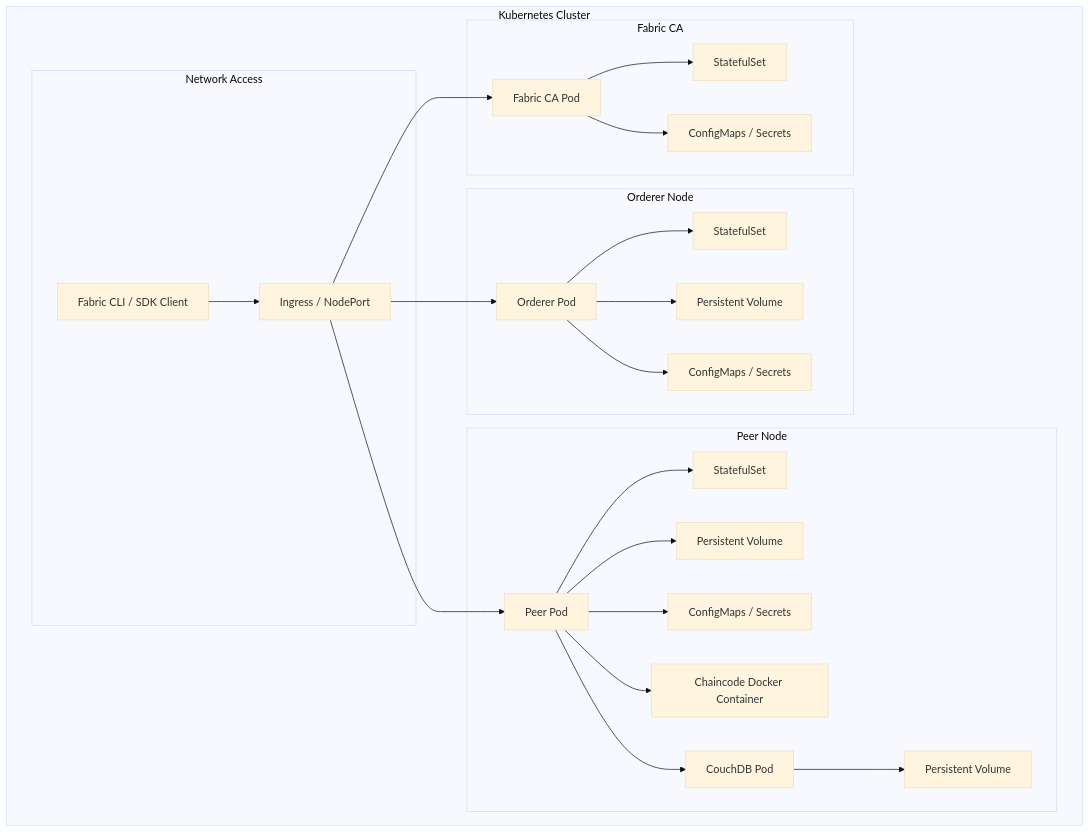
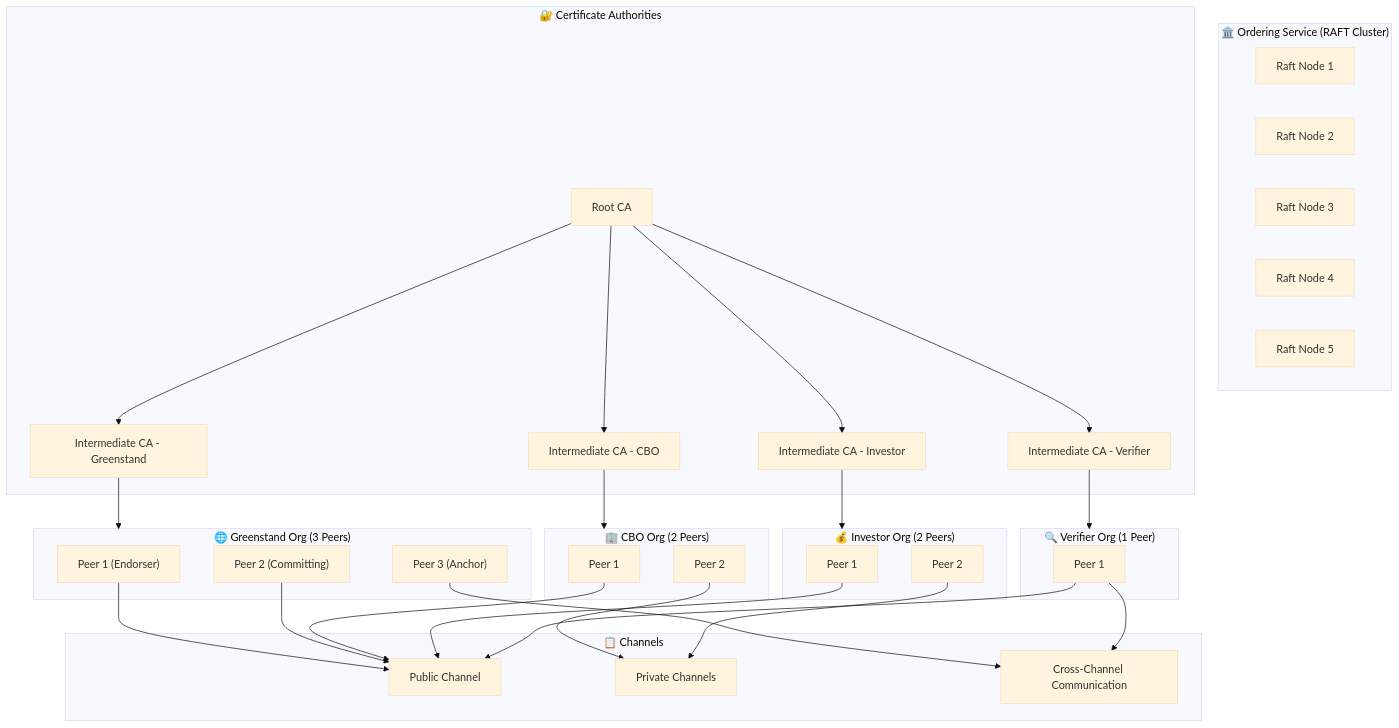
One commit to Greenstand/treetracker-infrastructure changed the diagram in hyperledger-fabric/README.md. Above: the diagram before and after it, drawn with Mermaid (base theme).

````diff
--- a/hyperledger-fabric/README.md
+++ b/hyperledger-fabric/README.md
@@ -79,57 +79,73 @@
 ```mermaid
 flowchart TD
-  subgraph subGraph0["Fabric CA"]
-    CA["Fabric CA Pod"]
-    CA_CFG["ConfigMaps / Secrets"]
-    CA_DEPLOY["StatefulSet"]
+
+  %% ===== Ordering Service =====
+  subgraph Ordering_Service["🏛️ Ordering Service (RAFT Cluster)"]
+    OS1["Raft Node 1"]
+    OS2["Raft Node 2"]
+    OS3["Raft Node 3"]
+    OS4["Raft Node 4"]
+    OS5["Raft Node 5"]
   end
 
-  subgraph subGraph1["Orderer Node"]
-    ORDERER["Orderer Pod"]
-    ORDERER_STS["StatefulSet"]
-    ORDERER_PVC["Persistent Volume"]
-    ORDERER_CFG["ConfigMaps / Secrets"]
+  %% ===== Certificate Authority =====
+  subgraph CA["🔐 Certificate Authorities"]
+    RootCA["Root CA"]
+    ICA1["Intermediate CA - Greenstand"]
+    ICA2["Intermediate CA - CBO"]
+    ICA3["Intermediate CA - Investor"]
+    ICA4["Intermediate CA - Verifier"]
+    RootCA --> ICA1
+    RootCA --> ICA2
+    RootCA --> ICA3
+    RootCA --> ICA4
   end
 
-  subgraph subGraph2["Peer Node"]
-    PEER["Peer Pod"]
-    PEER_STS["StatefulSet"]
-    PEER_PVC["Persistent Volume"]
-    PEER_CFG["ConfigMaps / Secrets"]
-    CHAINCODE["Chaincode Docker Container"]
-    COUCHDB["CouchDB Pod"]
-    COUCHDB_PVC["Persistent Volume"]
+  %% ===== Channels =====
+  subgraph Channels["📋 Channels"]
+    PubChan["Public Channel"]
+    PrivChan["Private Channels"]
+    CrossChan["Cross-Channel Communication"]
   end
 
-  subgraph subGraph3["Network Access"]
-    INGRESS["Ingress / NodePort"]
-    CLI["Fabric CLI / SDK Client"]
+  %% ===== Organizations and Peer Nodes =====
+  subgraph GreenstandOrg["🌐 Greenstand Org (3 Peers)"]
+    GS_P1["Peer 1 (Endorser)"]
+    GS_P2["Peer 2 (Committing)"]
+    GS_P3["Peer 3 (Anchor)"]
   end
 
-  subgraph subGraph4["Kubernetes Cluster"]
-    subGraph0
-    subGraph1
-    subGraph2
-    subGraph3
+  subgraph CBOOrg["🏢 CBO Org (2 Peers)"]
+    CBO_P1["Peer 1"]
+    CBO_P2["Peer 2"]
   end
 
-  CA --> CA_DEPLOY
-  CA --> CA_CFG
+  subgraph InvestorOrg["💰 Investor Org (2 Peers)"]
+    INV_P1["Peer 1"]
+    INV_P2["Peer 2"]
+  end
 
-  ORDERER --> ORDERER_STS
-  ORDERER --> ORDERER_PVC
-  ORDERER --> ORDERER_CFG
+  subgraph VerifierOrg["🔍 Verifier Org (1 Peer)"]
+    VER_P1["Peer 1"]
+  end
 
-  PEER --> PEER_STS
-  PEER --> PEER_PVC
-  PEER --> PEER_CFG
-  PEER --> CHAINCODE
-  PEER --> COUCHDB
+  %% ===== Connections =====
+  GS_P1 --> PubChan
+  GS_P2 --> PubChan
+  GS_P3 --> CrossChan
 
-  COUCHDB --> COUCHDB_PVC
+  CBO_P1 --> PubChan
+  CBO_P2 --> PrivChan
 
-  CLI --> INGRESS
-  INGRESS --> CA
-  INGRESS --> ORDERER
-  INGRESS --> PEER
+  INV_P1 --> PubChan
+  INV_P2 --> PrivChan
+
+  VER_P1 --> PubChan
+  VER_P1 --> CrossChan
+
+  ICA1 --> GreenstandOrg
+  ICA2 --> CBOOrg
+  ICA3 --> InvestorOrg
+  ICA4 --> VerifierOrg
+
 ```
````
